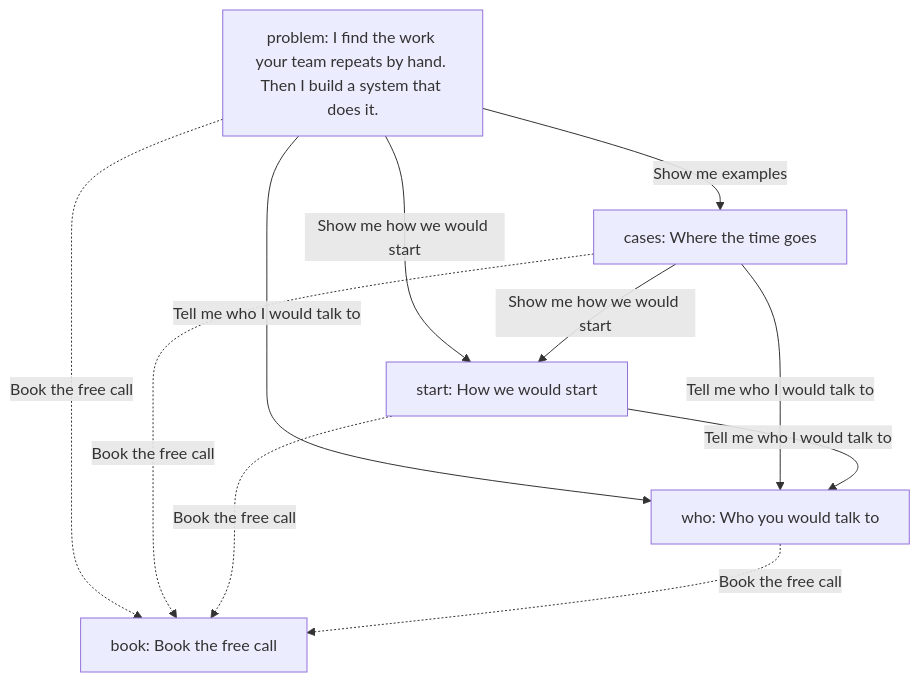
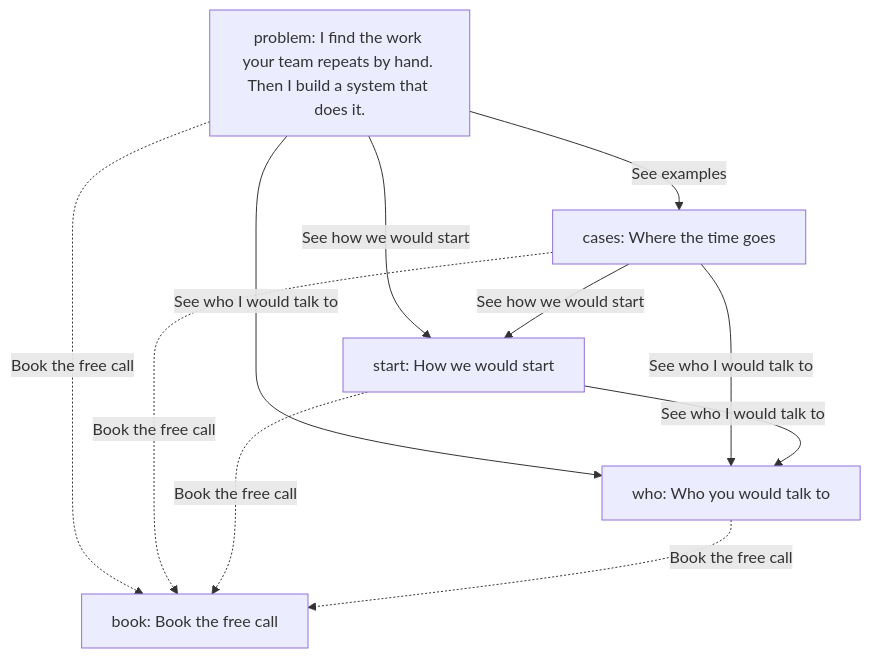
Before and after one commit to Rwb3n/rwb3n.github.io: the first of 2 diagrams in _model/current/process.md, drawn with Mermaid. The commit also changed other lines of this file and 22 other files, not shown here.

````diff
--- a/_model/current/process.md
+++ b/_model/current/process.md
@@ -10,18 +10,18 @@
 ```mermaid
 flowchart TD
   S0["problem: I find the work your team repeats by hand. Then I build a system that does it."]
   S1["cases: Where the time goes"]
   S2["start: How we would start"]
   S3["who: Who you would talk to"]
   S4["book: Book the free call"]
-  S0 -- "Show me examples" --> S1
-  S0 -- "Show me how we would start" --> S2
-  S0 -- "Tell me who I would talk to" --> S3
+  S0 -- "See examples" --> S1
+  S0 -- "See how we would start" --> S2
+  S0 -- "See who I would talk to" --> S3
   S0 -. "Book the free call" .-> S4
-  S1 -- "Show me how we would start" --> S2
-  S1 -- "Tell me who I would talk to" --> S3
+  S1 -- "See how we would start" --> S2
+  S1 -- "See who I would talk to" --> S3
   S1 -. "Book the free call" .-> S4
-  S2 -- "Tell me who I would talk to" --> S3
+  S2 -- "See who I would talk to" --> S3
   S2 -. "Book the free call" .-> S4
   S3 -. "Book the free call" .-> S4
 ```
````
